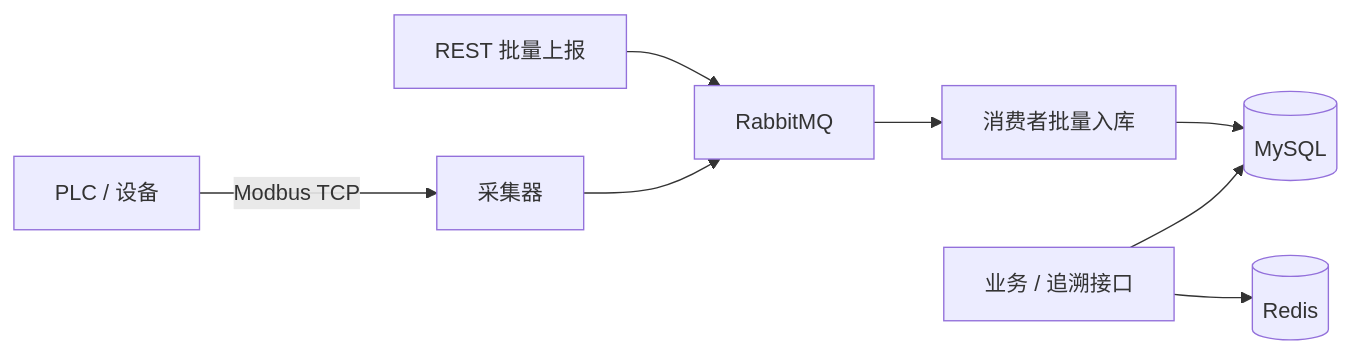
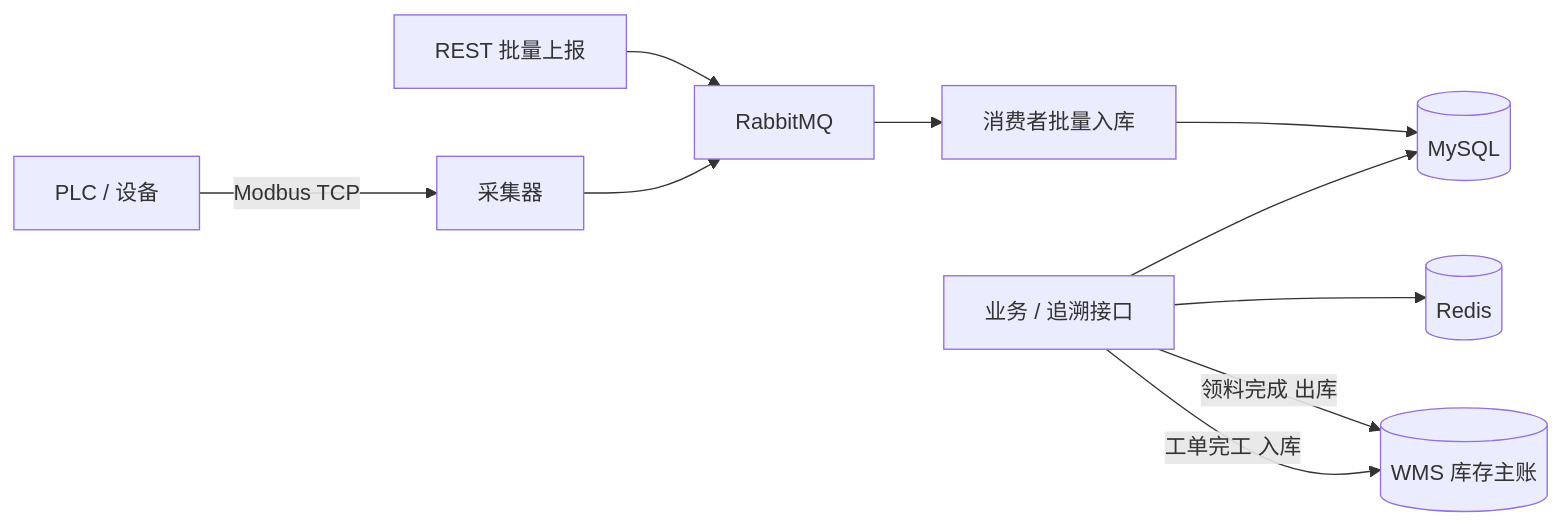
The diagram in docs/PROJECT_INTRO.md (Liumnary-hub/MES-PangusPT), drawn with Mermaid before and after one commit. The commit also changed other lines of this file and 2 other files, not shown here.

Commit message:
docs: document WMS outbound and inbound integration

````diff
--- a/docs/PROJECT_INTRO.md
+++ b/docs/PROJECT_INTRO.md
@@ -55,10 +59,12 @@
 ```mermaid
 flowchart LR
     PLC[PLC / 设备] -->|Modbus TCP| COLLECTOR[采集器]
     REST[REST 批量上报] --> MQ[RabbitMQ]
     COLLECTOR --> MQ
     MQ --> CONSUMER[消费者批量入库]
     CONSUMER --> DB[(MySQL)]
     API[业务 / 追溯接口] --> DB
     API --> CACHE[(Redis)]
+    API -->|领料完成 出库| WMS[(WMS 库存主账)]
+    API -->|工单完工 入库| WMS
 ```
````
